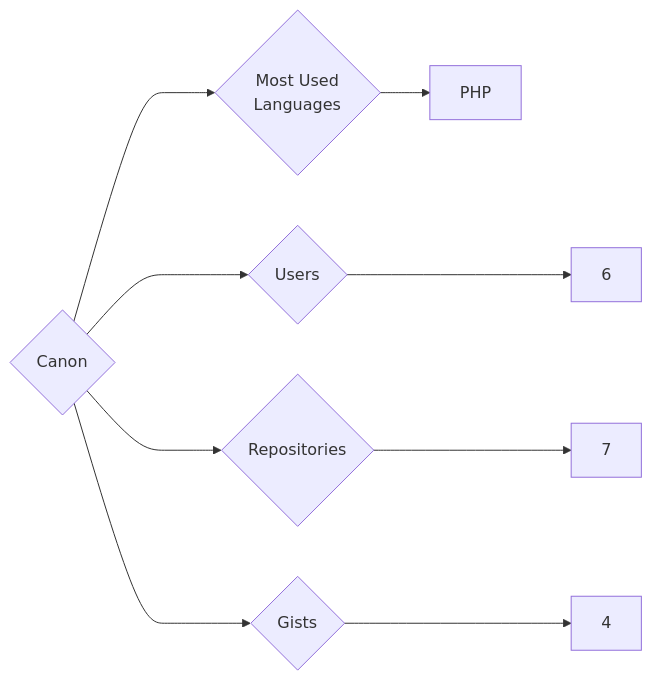
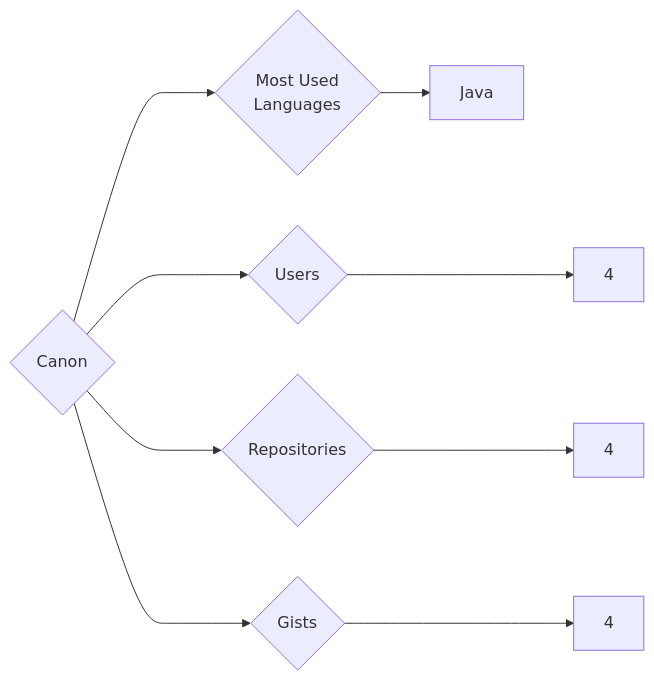
The diagram in targets/Canon/README.md (trickest/insiders), drawn with Mermaid before and after one commit. The commit also changed 874 other files, not shown here.

````diff
--- a/targets/Canon/README.md
+++ b/targets/Canon/README.md
@@ -3,9 +3,9 @@
 ```mermaid
 graph LR
 COMPANY_NAME{Canon}
-COMPANY_NAME ---> U{Users} ---> UN[6]
-COMPANY_NAME ---> R{Repositories} ---> RN[7]
+COMPANY_NAME ---> U{Users} ---> UN[4]
+COMPANY_NAME ---> R{Repositories} ---> RN[4]
 COMPANY_NAME ---> G{Gists} ---> GN[4]
 COMPANY_NAME ---> ML{Most Used<br>Languages}
-ML --> PHP[PHP]
+ML --> Java[Java]
 ```
````
